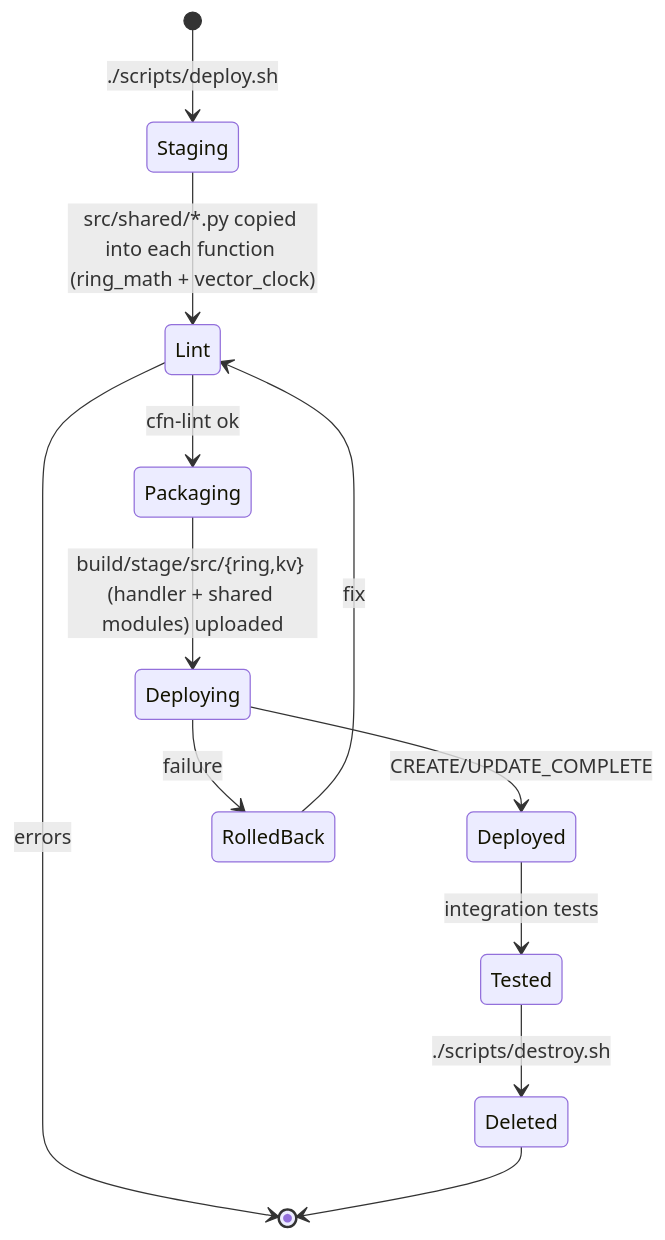
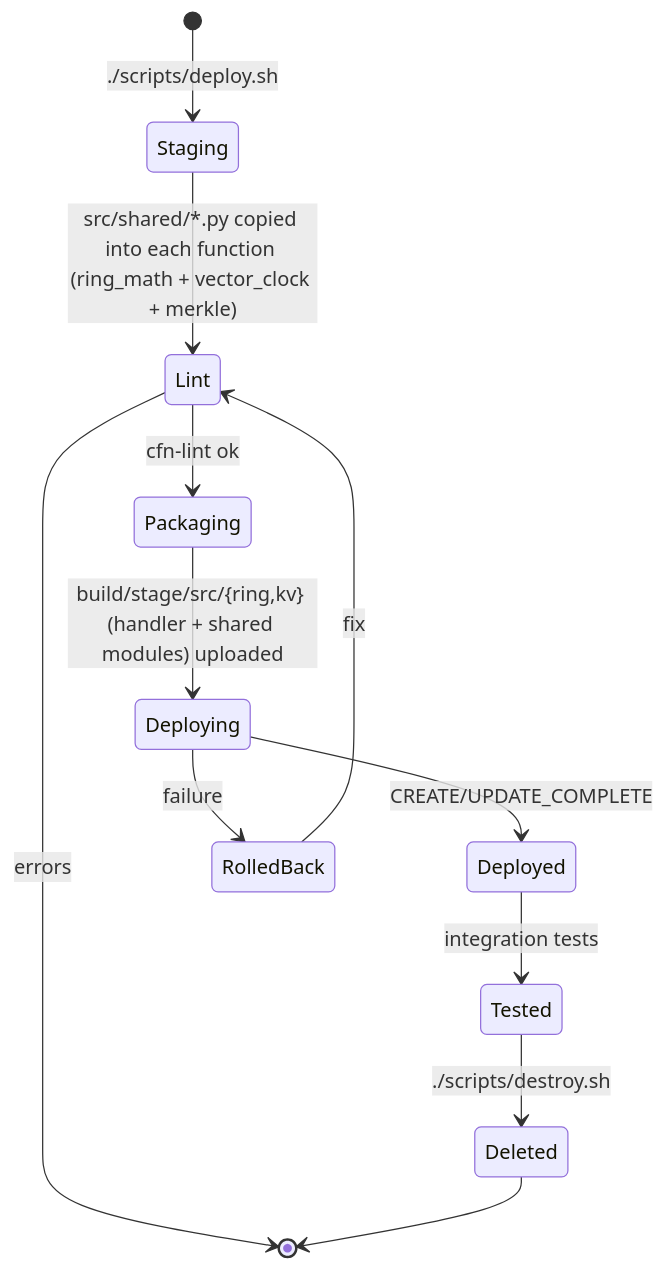
Diagram 12 of 12 in 04-consistent-hashing/docs/workflow.md (TareDevarsh/AWS-cloudformation-projects), drawn with Mermaid before and after one commit. The commit also changed other lines of this file and 9 other files, not shown here.

````diff
--- a/04-consistent-hashing/docs/workflow.md
+++ b/04-consistent-hashing/docs/workflow.md
@@ -276,14 +324,14 @@
 ```mermaid
 stateDiagram-v2
     [*] --> Staging: ./scripts/deploy.sh
-    Staging --> Lint: src/shared/*.py copied into each function (ring_math + vector_clock)
+    Staging --> Lint: src/shared/*.py copied into each function (ring_math + vector_clock + merkle)
     Lint --> Packaging: cfn-lint ok
     Lint --> [*]: errors
     Packaging --> Deploying: build/stage/src/{ring,kv} (handler + shared modules) uploaded
     Deploying --> Deployed: CREATE/UPDATE_COMPLETE
     Deploying --> RolledBack: failure
     RolledBack --> Lint: fix
     Deployed --> Tested: integration tests
     Tested --> Deleted: ./scripts/destroy.sh
     Deleted --> [*]
 ```
````
